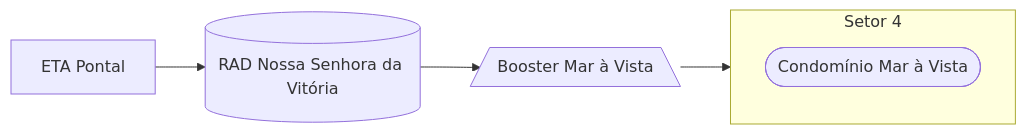
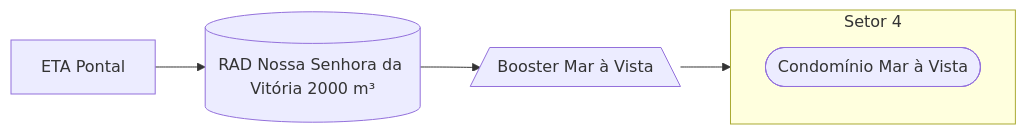
The diagram in ETA Pontal/Booster Mar à Vista.md (iagovls/CCO-Documentation), drawn with Mermaid before and after one commit.

Commit message:
Update Booster Mar à Vista.md

````diff
--- a/ETA Pontal/Booster Mar à Vista.md
+++ b/ETA Pontal/Booster Mar à Vista.md
@@ -21,17 +21,17 @@
 ```mermaid
 flowchart LR
 ETA["ETA Pontal"]
-RADNSV[(RAD Nossa Senhora da Vitória)]
+RADNSV[(RAD Nossa Senhora da Vitória 2000 m³)]
 BoosterMarAVista[/"Booster Mar à Vista"\]
 MarAVista(["Condomínio Mar à Vista"])
 click MarAVista "https://www.vectorasys.com.br/vectorasys/?inc=jE9ciFZdkq5eiPI/kPRdHL0fUgHpk249UBIgVhQukPRdHPZ5kOC9GERdmLQ0WOUg"
 
  %% Litoral Norte
     ETA --> RADNSV
     RADNSV --> BoosterMarAVista
     BoosterMarAVista --> Setor4
 
     subgraph Setor4 [Setor 4]
       MarAVista
     end
 ```
````
